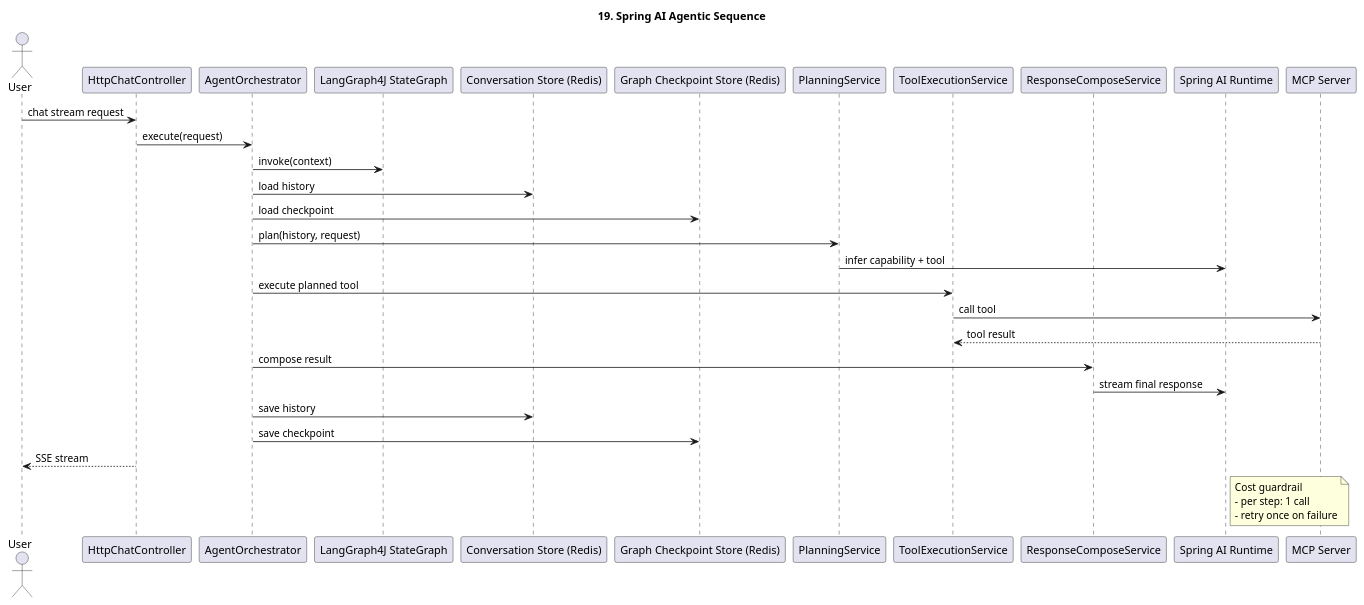
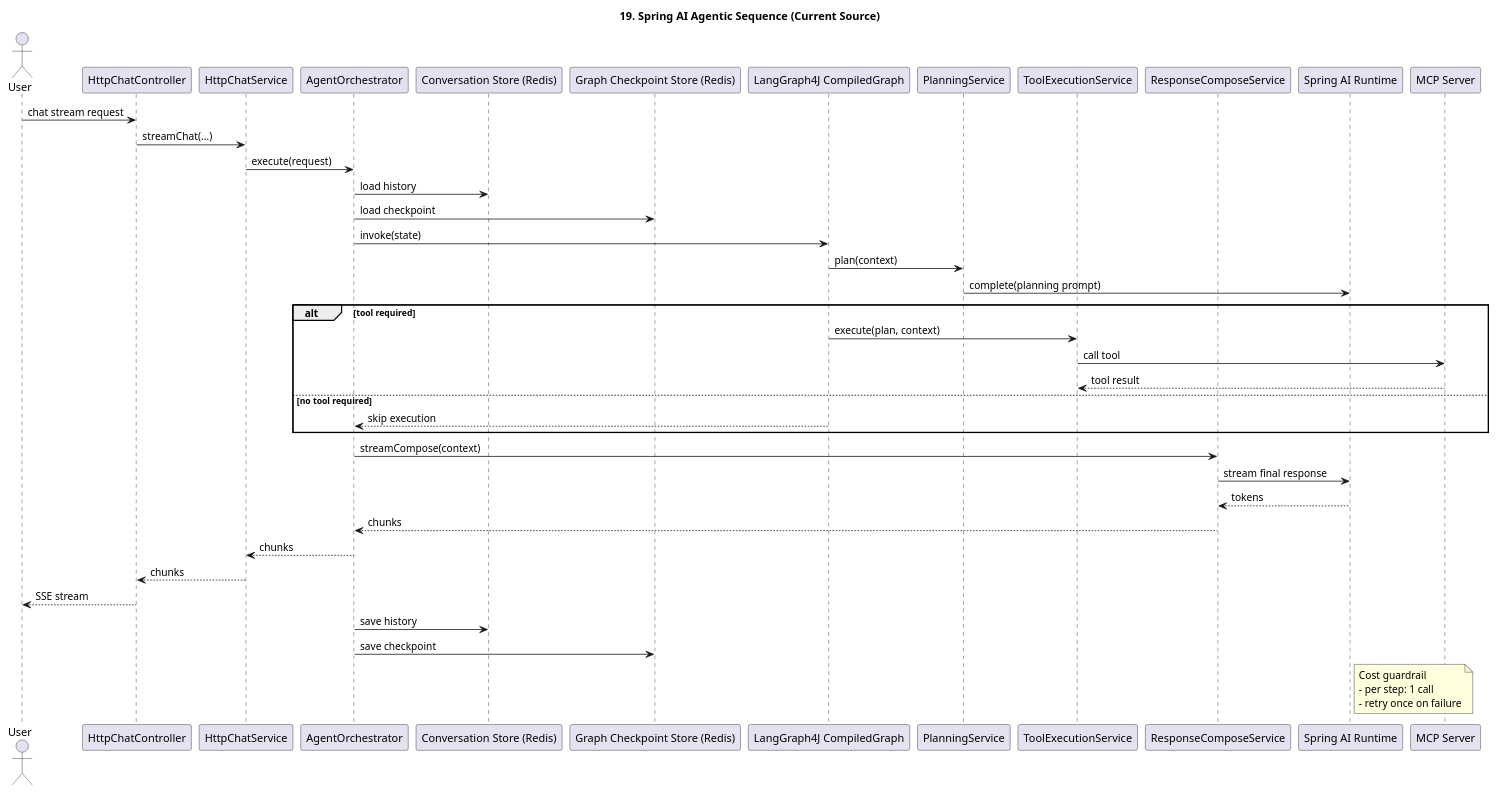
The diagram in documents/mcp-orchestrator-architecture/19-spring-ai-usecase-sequence.puml (kim57uak/spring-ai), drawn with PlantUML before and after one commit. The commit also changed 63 other files, not shown here.

Commit message:
Refactor agent architecture, exception layering, and docs sync

```diff
--- a/documents/mcp-orchestrator-architecture/19-spring-ai-usecase-sequence.puml
+++ b/documents/mcp-orchestrator-architecture/19-spring-ai-usecase-sequence.puml
@@ -1,41 +1,55 @@
 @startuml
 !pragma layout smetana
-title 19. Spring AI Agentic Sequence
+title 19. Spring AI Agentic Sequence (Current Source)
 
 skinparam shadowing false
 
 actor User
 participant "HttpChatController" as Controller
+participant "HttpChatService" as ChatService
 participant "AgentOrchestrator" as Orchestrator
-participant "LangGraph4J StateGraph" as StateGraph
 participant "Conversation Store (Redis)" as HistoryRedis
 participant "Graph Checkpoint Store (Redis)" as CheckpointRedis
+participant "LangGraph4J CompiledGraph" as StateGraph
 participant "PlanningService" as Planner
 participant "ToolExecutionService" as Executor
 participant "ResponseComposeService" as Composer
 participant "Spring AI Runtime" as Runtime
 participant "MCP Server" as McpServer
 
 User -> Controller : chat stream request
-Controller -> Orchestrator : execute(request)
-Orchestrator -> StateGraph : invoke(context)
+Controller -> ChatService : streamChat(...)
+ChatService -> Orchestrator : execute(request)
+
 Orchestrator -> HistoryRedis : load history
 Orchestrator -> CheckpointRedis : load checkpoint
-Orchestrator -> Planner : plan(history, request)
-Planner -> Runtime : infer capability + tool
-Orchestrator -> Executor : execute planned tool
-Executor -> McpServer : call tool
-McpServer --> Executor : tool result
-Orchestrator -> Composer : compose result
+Orchestrator -> StateGraph : invoke(state)
+StateGraph -> Planner : plan(context)
+Planner -> Runtime : complete(planning prompt)
+
+alt tool required
+  StateGraph -> Executor : execute(plan, context)
+  Executor -> McpServer : call tool
+  McpServer --> Executor : tool result
+else no tool required
+  StateGraph --> Orchestrator : skip execution
+end
+
+Orchestrator -> Composer : streamCompose(context)
 Composer -> Runtime : stream final response
+Runtime --> Composer : tokens
+Composer --> Orchestrator : chunks
+Orchestrator --> ChatService : chunks
+ChatService --> Controller : chunks
+Controller --> User : SSE stream
+
 Orchestrator -> HistoryRedis : save history
 Orchestrator -> CheckpointRedis : save checkpoint
-Controller --> User : SSE stream
 
 note right of Runtime
 Cost guardrail
 - per step: 1 call
 - retry once on failure
 end note
 
 @enduml
```
